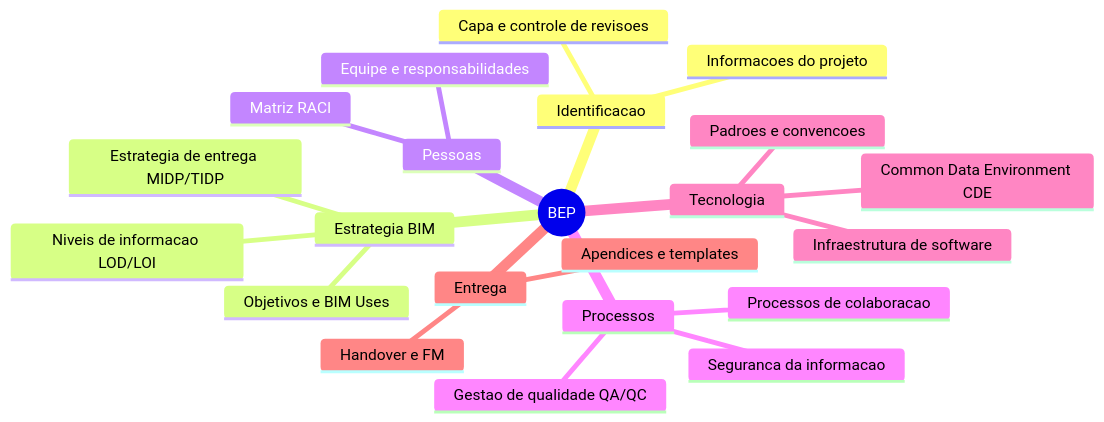
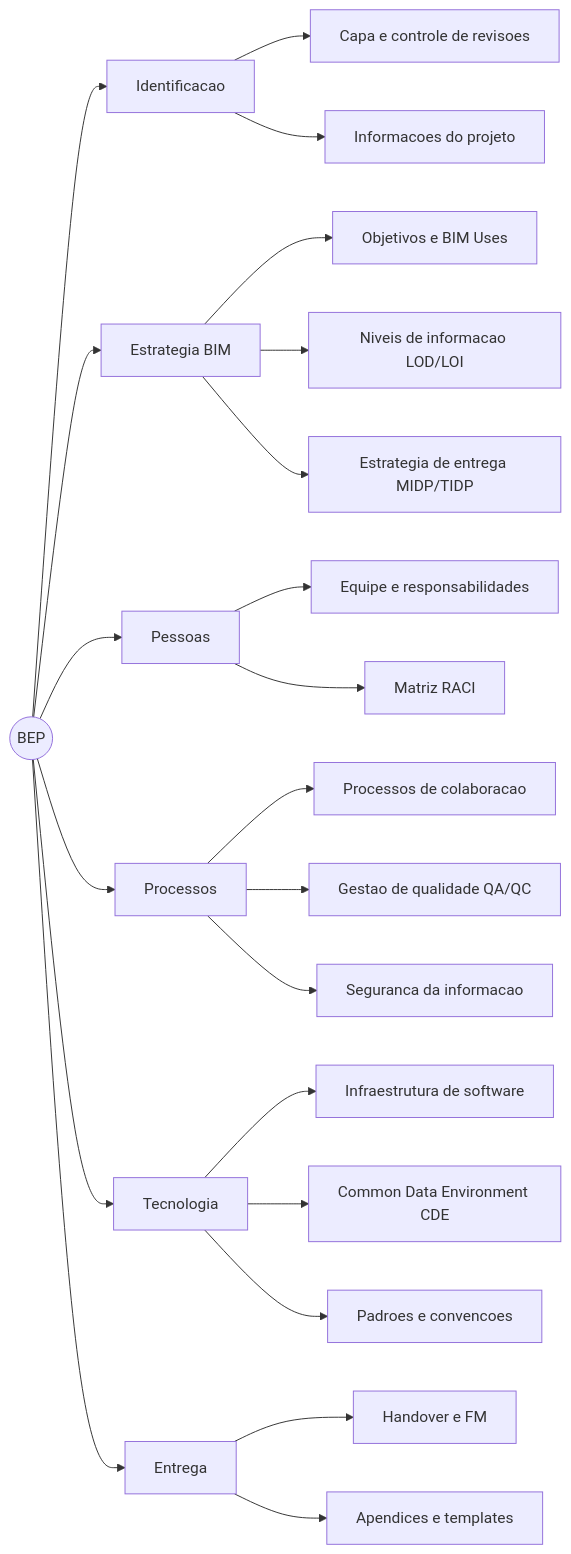
Before and after one commit to 255ribeiro/intro_ifc: the third of 9 diagrams in docs/bep/bep-bim-material.md, drawn with Mermaid. The commit also changed other lines of this file, not shown here.

Commit message:
bep sections

````diff
--- a/docs/bep/bep-bim-material.md
+++ b/docs/bep/bep-bim-material.md
@@ -146,25 +148,31 @@
 ```mermaid
-mindmap
-  root((BEP))
-    Identificacao
-      Capa e controle de revisoes
-      Informacoes do projeto
-    Estrategia BIM
-      Objetivos e BIM Uses
-      Niveis de informacao LOD/LOI
-      Estrategia de entrega MIDP/TIDP
-    Pessoas
-      Equipe e responsabilidades
-      Matriz RACI
-    Processos
-      Processos de colaboracao
-      Gestao de qualidade QA/QC
-      Seguranca da informacao
-    Tecnologia
-      Infraestrutura de software
-      Common Data Environment CDE
-      Padroes e convencoes
-    Entrega
-      Handover e FM
-      Apendices e templates
+graph LR
+    BEP(("BEP"))
+
+    BEP --> A["Identificacao"]
+    A --> A1["Capa e controle de revisoes"]
+    A --> A2["Informacoes do projeto"]
+
+    BEP --> B["Estrategia BIM"]
+    B --> B1["Objetivos e BIM Uses"]
+    B --> B2["Niveis de informacao LOD/LOI"]
+    B --> B3["Estrategia de entrega MIDP/TIDP"]
+
+    BEP --> C["Pessoas"]
+    C --> C1["Equipe e responsabilidades"]
+    C --> C2["Matriz RACI"]
+
+    BEP --> D["Processos"]
+    D --> D1["Processos de colaboracao"]
+    D --> D2["Gestao de qualidade QA/QC"]
+    D --> D3["Seguranca da informacao"]
+
+    BEP --> E["Tecnologia"]
+    E --> E1["Infraestrutura de software"]
+    E --> E2["Common Data Environment CDE"]
+    E --> E3["Padroes e convencoes"]
+
+    BEP --> F["Entrega"]
+    F --> F1["Handover e FM"]
+    F --> F2["Apendices e templates"]
 ```
````
